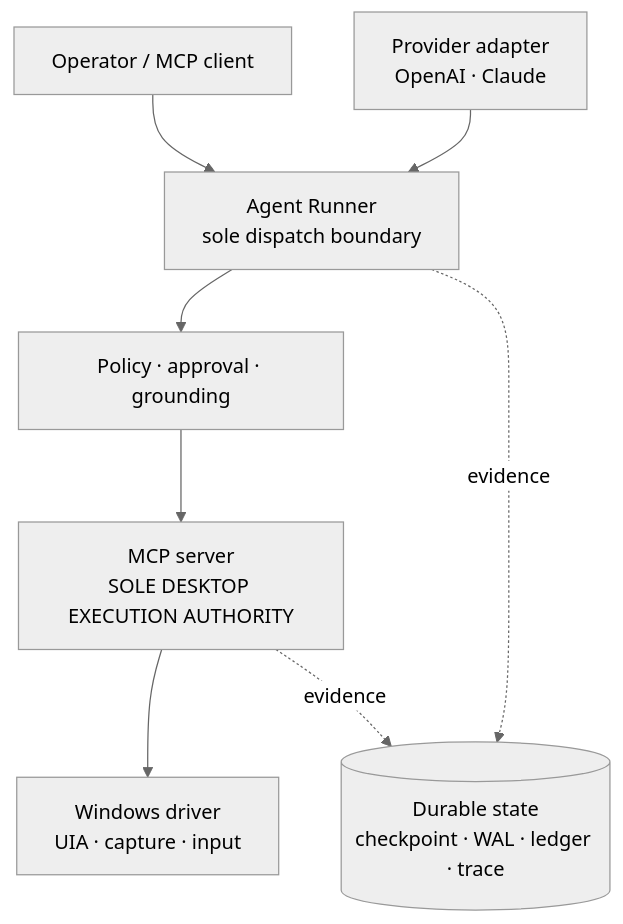
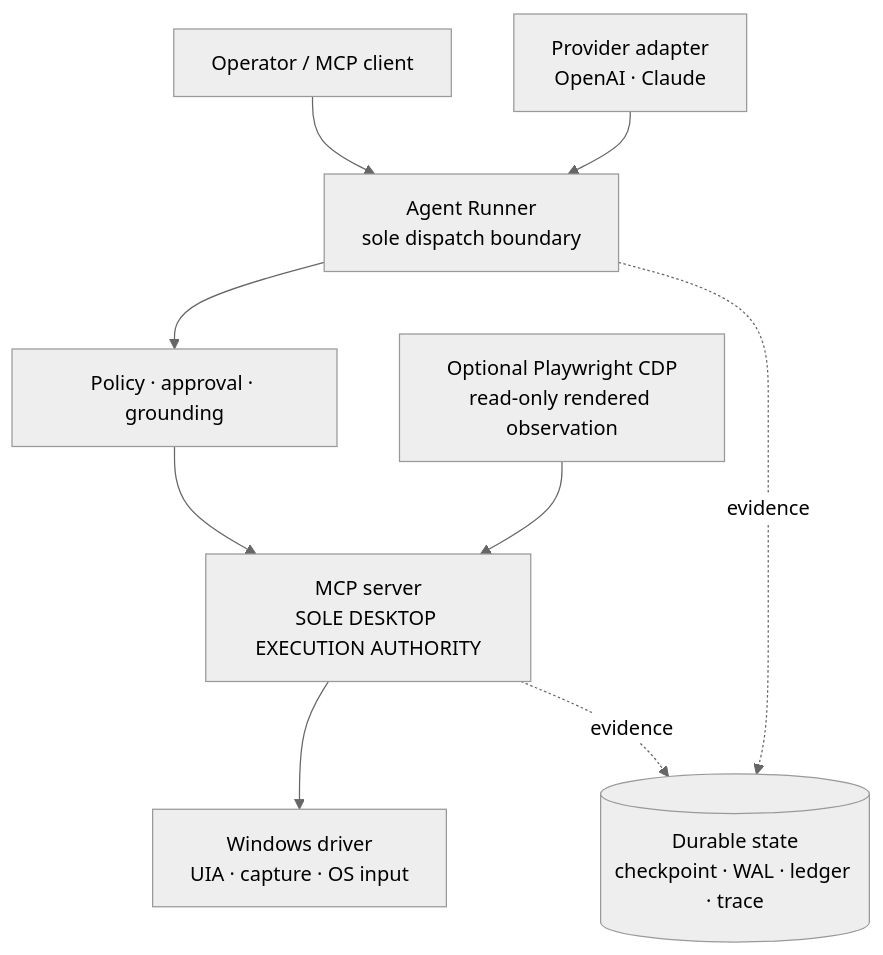
One commit to kuoforever/computer-use-mcp changed the diagram in README.md. Above: the diagram before and after it, drawn with Mermaid (neutral theme). The commit also changed other lines of this file and 42 other files, not shown here.

````diff
--- a/README.md
+++ b/README.md
@@ -84,11 +88,12 @@
 ```mermaid
 flowchart TB
     OP[Operator / MCP client] --> AR
     PA[Provider adapter<br/>OpenAI · Claude] --> AR
     AR[Agent Runner<br/>sole dispatch boundary] --> PG
     PG[Policy · approval · grounding] --> SRV
     SRV[MCP server<br/>SOLE DESKTOP EXECUTION AUTHORITY] --> WD
-    WD[Windows driver<br/>UIA · capture · input]
+    BA[Optional Playwright CDP<br/>read-only rendered observation] --> SRV
+    WD[Windows driver<br/>UIA · capture · OS input]
     AR -. evidence .-> DS[(Durable state<br/>checkpoint · WAL · ledger · trace)]
     SRV -. evidence .-> DS
 ```
````
